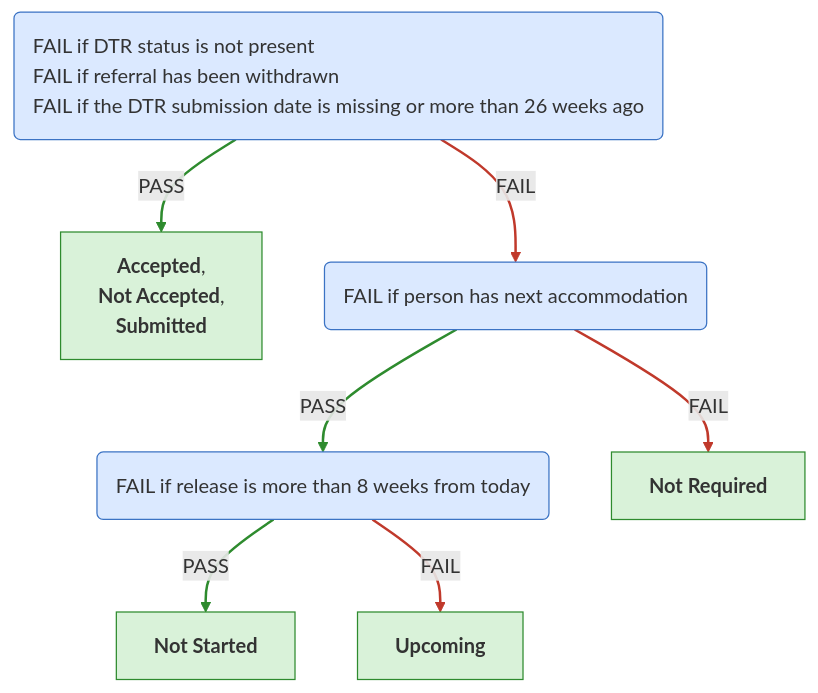
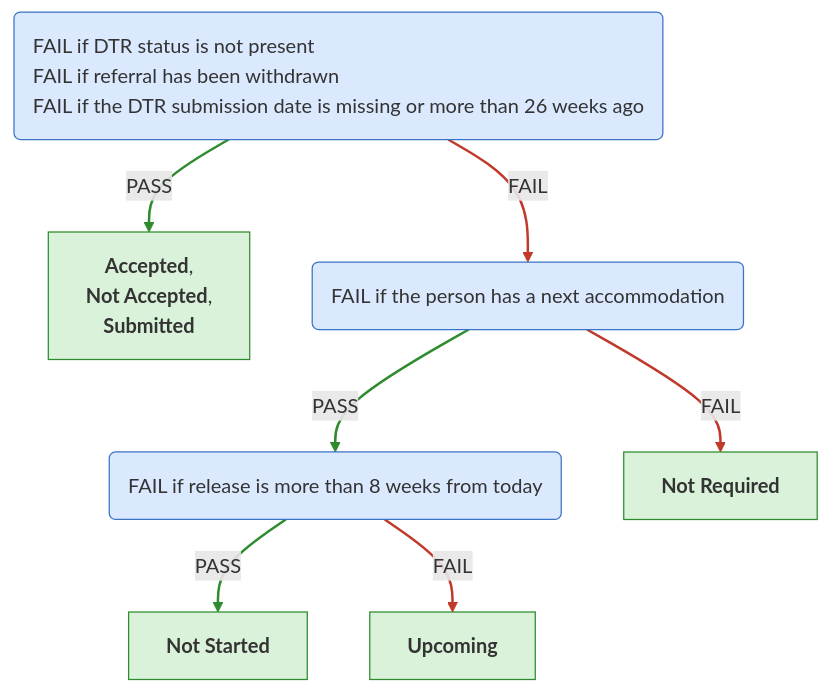
Before and after one commit to ministryofjustice/hmpps-single-accommodation-service-api: the fifth of 6 diagrams in docs/eligibility-rules-graph.md, drawn with Mermaid. The commit also changed other lines of this file and 74 other files, not shown here.

````diff
--- a/docs/eligibility-rules-graph.md
+++ b/docs/eligibility-rules-graph.md
@@ -625,28 +709,28 @@
 ```mermaid
 %%{init: {"flowchart": {"wrappingWidth": 800}}}%%
 flowchart TD
   DTR("<div style='text-align:left'>FAIL if DTR status is not present
 FAIL if referral has been withdrawn
 FAIL if the DTR submission date is missing or more than 26 weeks ago</div>")
   outcome_DtrActiveContextUpdater["<b>Accepted</b>,
  <b>Not Accepted</b>,
  <b>Submitted</b>"]
-  No_Next_Accommodation("<div style='text-align:left'>FAIL if person has next accommodation</div>")
+  PASS_if_the_person_has_no_next_accommodation("<div style='text-align:left'>FAIL if the person has a next accommodation</div>")
   Release_Within_8_Weeks("<div style='text-align:left'>FAIL if release is more than 8 weeks from today</div>")
   DTR_NOT_STARTED["<b>Not Started</b>"]
   outcome_DtrUpcomingContextUpdater["<b>Upcoming</b>"]
   DTR_NOT_REQUIRED["<b>Not Required</b>"]
   DTR -->|PASS| outcome_DtrActiveContextUpdater
   Release_Within_8_Weeks -->|PASS| DTR_NOT_STARTED
   Release_Within_8_Weeks -->|FAIL| outcome_DtrUpcomingContextUpdater
-  No_Next_Accommodation -->|PASS| Release_Within_8_Weeks
-  No_Next_Accommodation -->|FAIL| DTR_NOT_REQUIRED
-  DTR -->|FAIL| No_Next_Accommodation
+  PASS_if_the_person_has_no_next_accommodation -->|PASS| Release_Within_8_Weeks
+  PASS_if_the_person_has_no_next_accommodation -->|FAIL| DTR_NOT_REQUIRED
+  DTR -->|FAIL| PASS_if_the_person_has_no_next_accommodation
   linkStyle 0,1,3 stroke:#2e8b2e,stroke-width:2px
   linkStyle 2,4,5 stroke:#c0392b,stroke-width:2px
   classDef ruleSetNode fill:#dbe9ff,stroke:#3b73c4,color:#333
   classDef outcomeNode fill:#d9f2d9,stroke:#2e8b2e,color:#333
   classDef updaterNode fill:#fff2cc,stroke:#c99a00,color:#333
-  class DTR,No_Next_Accommodation,Release_Within_8_Weeks ruleSetNode
+  class DTR,PASS_if_the_person_has_no_next_accommodation,Release_Within_8_Weeks ruleSetNode
   class outcome_DtrActiveContextUpdater,DTR_NOT_STARTED,outcome_DtrUpcomingContextUpdater,DTR_NOT_REQUIRED outcomeNode
 ```
````
